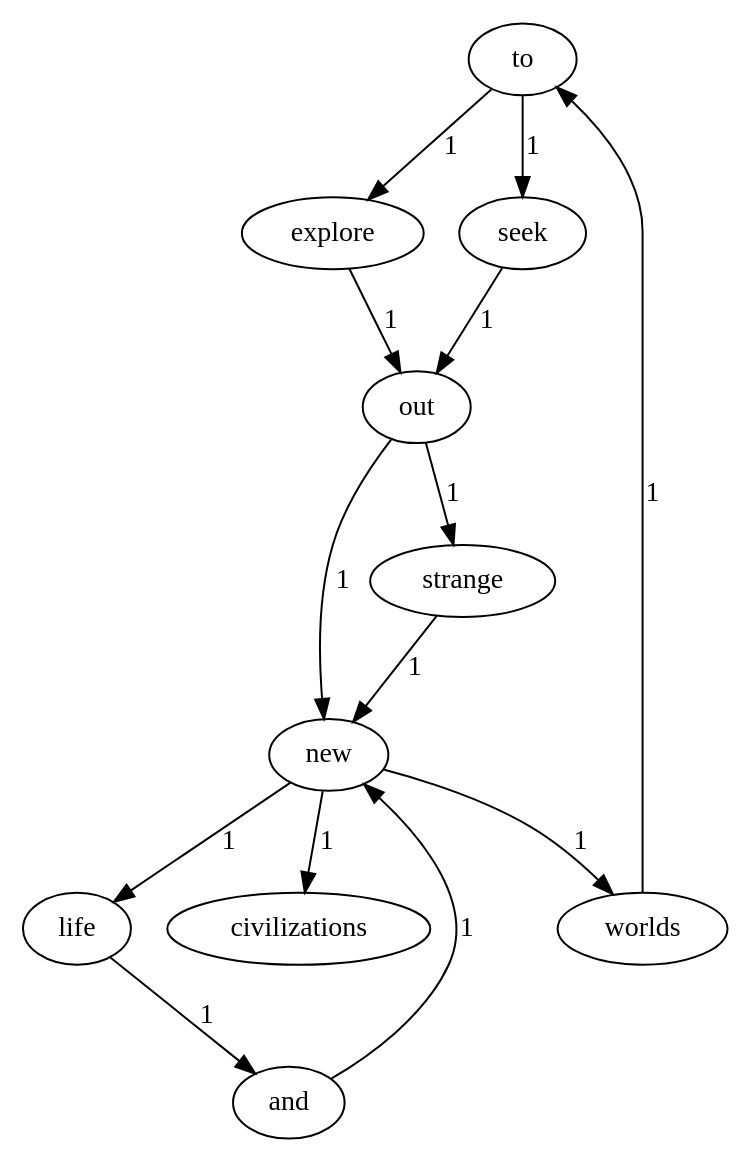
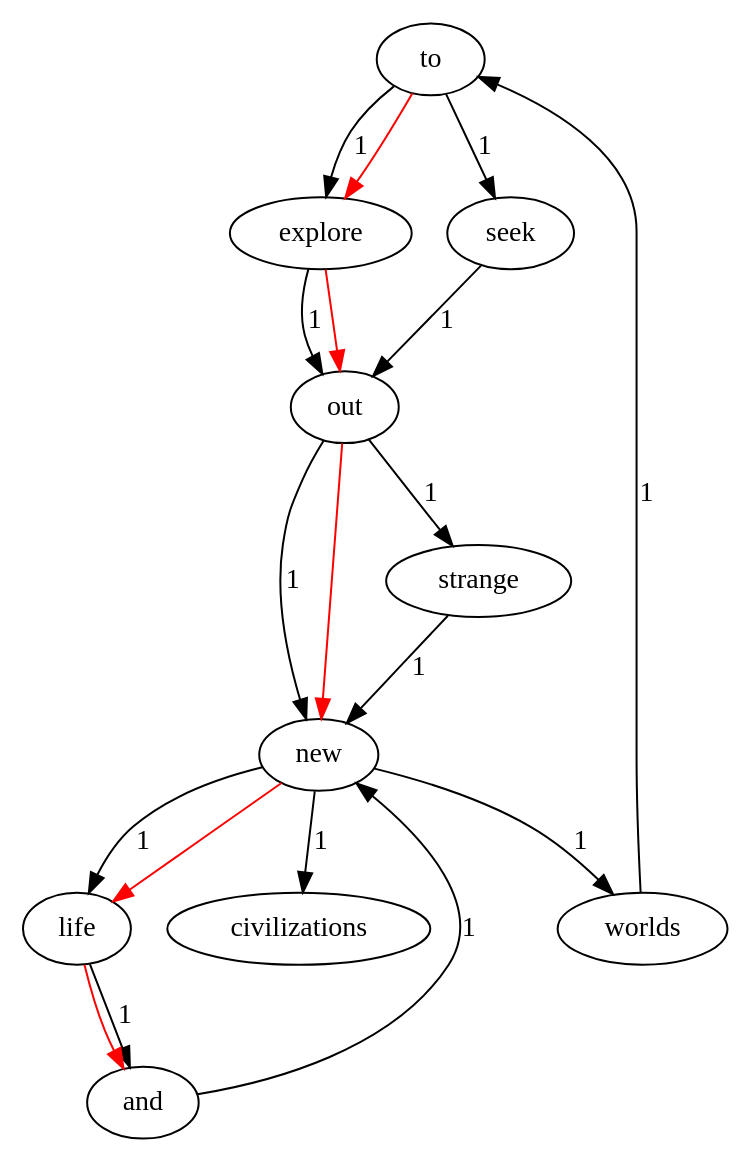
Before and after one commit to hit-wsy/Lab1-2021111589: the diagram in dotsource.dot, drawn with Graphviz. The commit also changed 2 other files, not shown here.

```diff
--- a/dotsource.dot
+++ b/dotsource.dot
@@ -1,2 +1,2 @@
 digraph G {
-to -> explore [label="1"];to -> seek [label="1"];explore -> out [label="1"];out -> strange [label="1"];out -> new [label="1"];strange -> new [label="1"];new -> worlds [label="1"];new -> life [label="1"];new -> civilizations [label="1"];worlds -> to [label="1"];seek -> out [label="1"];life -> and [label="1"];and -> new [label="1"];}
+to -> explore [label="1"];to -> seek [label="1"];explore -> out [label="1"];out -> strange [label="1"];out -> new [label="1"];strange -> new [label="1"];new -> worlds [label="1"];new -> life [label="1"];new -> civilizations [label="1"];worlds -> to [label="1"];seek -> out [label="1"];life -> and [label="1"];and -> new [label="1"]; life->and[color=red];new->life[color=red];out->new[color=red];explore->out[color=red];to->explore[color=red];}
```
